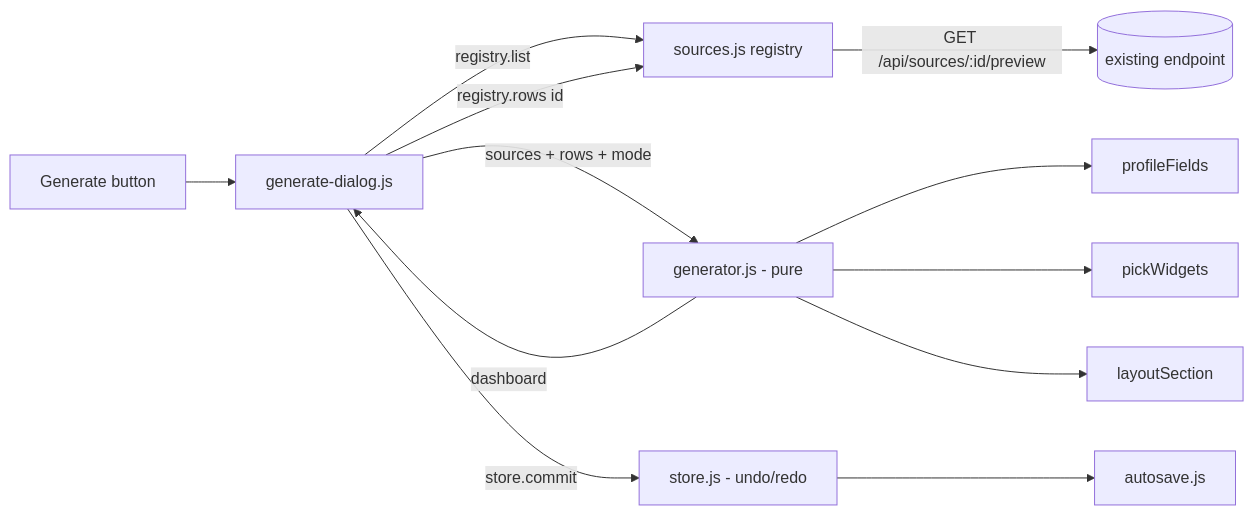
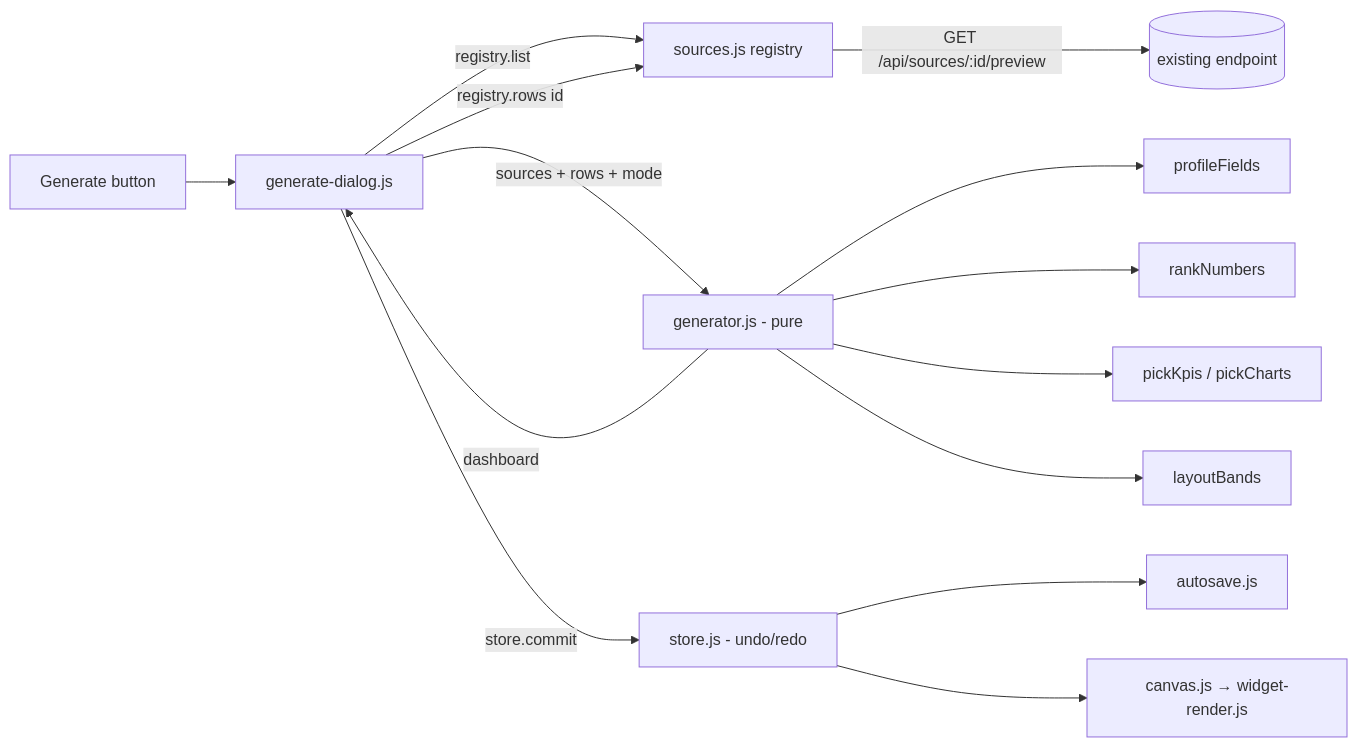
Before and after one commit to Samsong1018/HiBeam: the diagram in .kiro/specs/dashboard-generator/design.md, drawn with Mermaid. The commit also changed other lines of this file and 26 other files, not shown here.

````diff
--- a/.kiro/specs/dashboard-generator/design.md
+++ b/.kiro/specs/dashboard-generator/design.md
@@ -21,14 +29,16 @@
 ```mermaid
 flowchart LR
     Btn[Generate button] --> Dialog[generate-dialog.js]
     Dialog -->|registry.list| Reg[sources.js registry]
     Dialog -->|registry.rows id| Reg
     Reg -->|GET /api/sources/:id/preview| API[(existing endpoint)]
     Dialog -->|sources + rows + mode| Gen[generator.js - pure]
     Gen --> Prof[profileFields]
-    Gen --> Pick[pickWidgets]
-    Gen --> Lay[layoutSection]
+    Gen --> Rank[rankNumbers]
+    Gen --> Pick[pickKpis / pickCharts]
+    Gen --> Lay[layoutBands]
     Gen -->|dashboard| Dialog
     Dialog -->|store.commit| Store[store.js - undo/redo]
     Store --> Autosave[autosave.js]
+    Store --> Canvas[canvas.js → widget-render.js]
 ```
````
